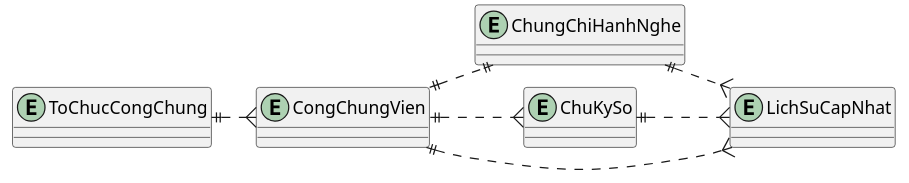
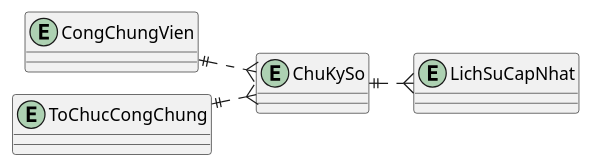
Before and after one commit to phuongpm23/nds-docs-test: the diagram in ba/[NDS-E-00056] Quản lý chữ ký số/2.erd.puml, drawn with PlantUML. The commit also changed 7 other files, not shown here.

```diff
--- a/ba/[NDS-E-00056] Quản lý chữ ký số/2.erd.puml
+++ b/ba/[NDS-E-00056] Quản lý chữ ký số/2.erd.puml
@@ -1,17 +1,13 @@
 @startuml erd
 !pragma layout smetana
 left to right direction
 entity CongChungVien
-entity ChungChiHanhNghe
 entity ChuKySo
 entity LichSuCapNhat
 entity ToChucCongChung
 
 CongChungVien ||..{ ChuKySo
-CongChungVien ||..|| ChungChiHanhNghe
-ToChucCongChung ||..{ CongChungVien
 ChuKySo ||..{ LichSuCapNhat
-CongChungVien ||..{ LichSuCapNhat
-ChungChiHanhNghe ||..{ LichSuCapNhat
+ToChucCongChung||..{ ChuKySo
 
 @enduml
```
